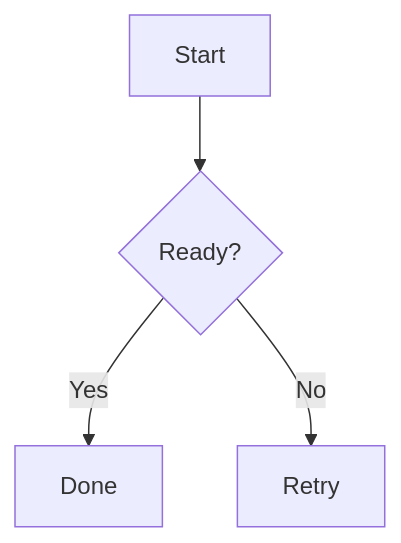
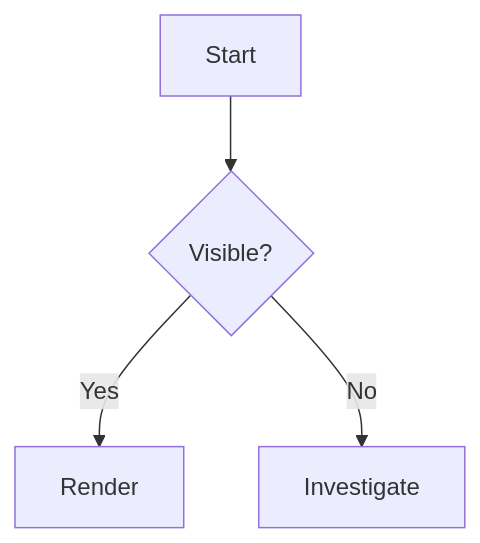
One commit to rabisnaqvi/doclume changed the diagram in tests/fixtures/mermaid.md. Above: the diagram before and after it, drawn with Mermaid. The commit also changed other lines of this file and 1 other file, not shown here.

Commit message:
fix: align task 2 fixtures with plan

````diff
--- a/tests/fixtures/mermaid.md
+++ b/tests/fixtures/mermaid.md
@@ -3,6 +3,6 @@
 ```mermaid
 flowchart TD
-  A[Start] --> B{Ready?}
-  B -->|Yes| C[Done]
-  B -->|No| D[Retry]
+  A[Start] --> B{Visible?}
+  B -->|Yes| C[Render]
+  B -->|No| D[Investigate]
 ```
````
